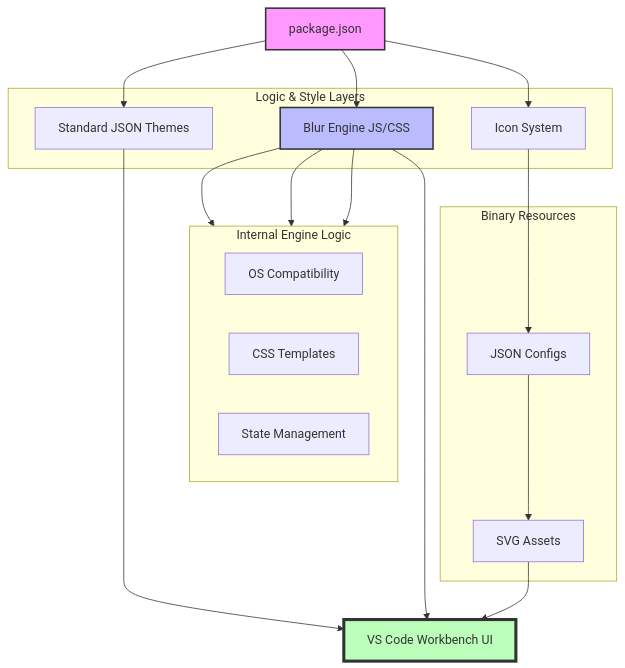
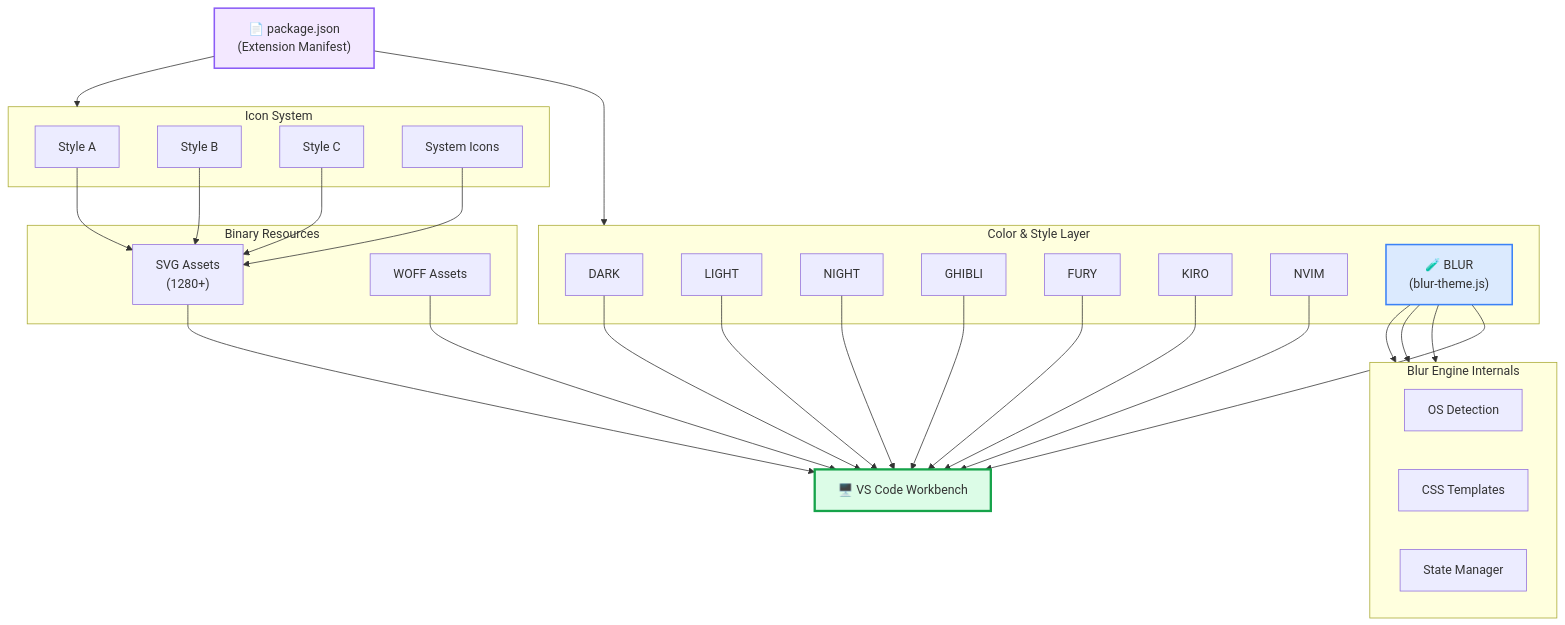
One commit to bastndev/Lynx-Theme-Pro changed the diagram in ARCHITECTURE.md. Above: the diagram before and after it, drawn with Mermaid. The commit also changed other lines of this file, not shown here.

Commit message:
🛠️ docs: update architecture documentation with detailed project structure and blur engine mechanics

````diff
--- a/ARCHITECTURE.md
+++ b/ARCHITECTURE.md
@@ -46,37 +129,46 @@
 ```mermaid
 graph TB
-    %% Nodes
-    Manifest[package.json]
-    
-    subgraph "Logic & Style Layers"
-        Standard[Standard JSON Themes]
-        Engine[Blur Engine JS/CSS]
-        Icons[Icon System]
+    Manifest["📄 package.json\n(Extension Manifest)"]
+
+    subgraph Themes["Color & Style Layer"]
+        T1[DARK] & T2[LIGHT] & T3[NIGHT] & T4[GHIBLI]
+        T5[FURY] & T6[KIRO] & T7[NVIM]
+        BlurEngine["🧪 BLUR\n(blur-theme.js)"]
     end
 
-    subgraph "Internal Engine Logic"
-        direction LR
-        Engine --> Platforms[OS Compatibility]
-        Engine --> Styles[CSS Templates]
-        Engine --> Runtime[State Management]
+    subgraph IconSystem["Icon System"]
+        StyleA[Style A] & StyleB[Style B] & StyleC[Style C]
+        SysIcons[System Icons]
     end
 
-    subgraph "Binary Resources"
-        Icons --> Config[JSON Configs]
-        Config --> SVGs[SVG Assets]
+    subgraph BlurInternals["Blur Engine Internals"]
+        direction LR
+        OS[OS Detection]
+        CSS[CSS Templates]
+        State[State Manager]
     end
 
-    %% Connections
-    Manifest --> Standard
-    Manifest --> Engine
-    Manifest --> Icons
+    subgraph Assets["Binary Resources"]
+        SVGs["SVG Assets\n(1280+)"]
+        Fonts["WOFF Assets"]
+    end
 
-    Standard --> VS[VS Code Workbench UI]
-    Engine --> VS
+    Manifest --> Themes
+    Manifest --> IconSystem
+
+    BlurEngine --> OS
+    BlurEngine --> CSS
+    BlurEngine --> State
+
+    StyleA & StyleB & StyleC --> SVGs
+    SysIcons --> SVGs
+
+    T1 & T2 & T3 & T4 & T5 & T6 & T7 --> VS["🖥️ VS Code Workbench"]
+    BlurEngine --> VS
     SVGs --> VS
+    Fonts --> VS
 
-    %% Styling
-    style Manifest fill:#f9f,stroke:#333,stroke-width:2px
-    style Engine fill:#bbf,stroke:#333,stroke-width:2px
-    style VS fill:#bfb,stroke:#333,stroke-width:4px
+    style Manifest fill:#f3e8ff,stroke:#8b5cf6,stroke-width:2px
+    style BlurEngine fill:#dbeafe,stroke:#3b82f6,stroke-width:2px
+    style VS fill:#dcfce7,stroke:#16a34a,stroke-width:3px
 ```
````
